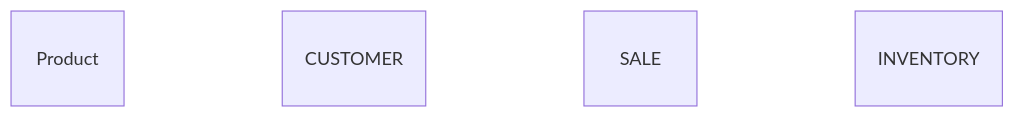
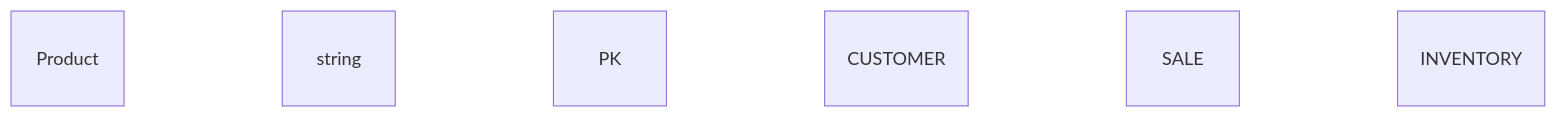
One commit to KPicket/KPicket.github.io changed the diagram in NikeStore_ERD.md. Above: the diagram before and after it, drawn with Mermaid.

````diff
--- a/NikeStore_ERD.md
+++ b/NikeStore_ERD.md
@@ -1,11 +1,11 @@
 ```mermaid
 erDiagram
 Product {
-}
+} string PK
 CUSTOMER {
 }
 SALE {
 }
 INVENTORY {
 }
 ```
````
